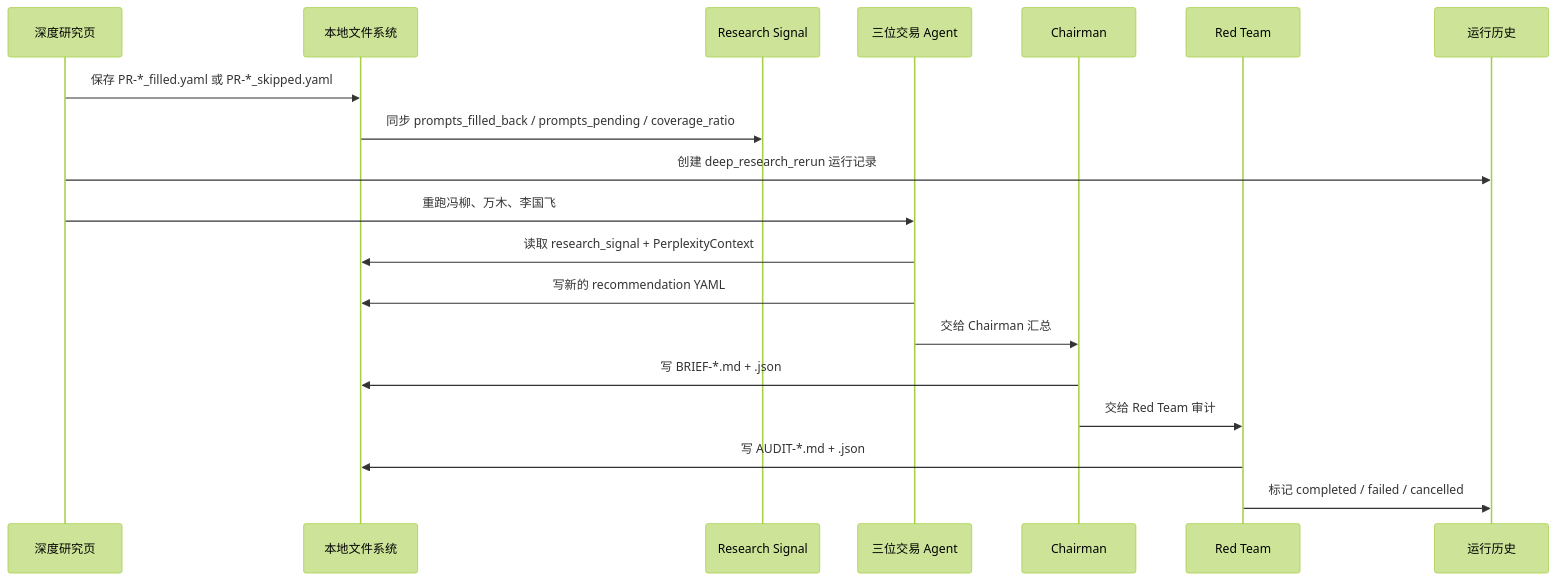
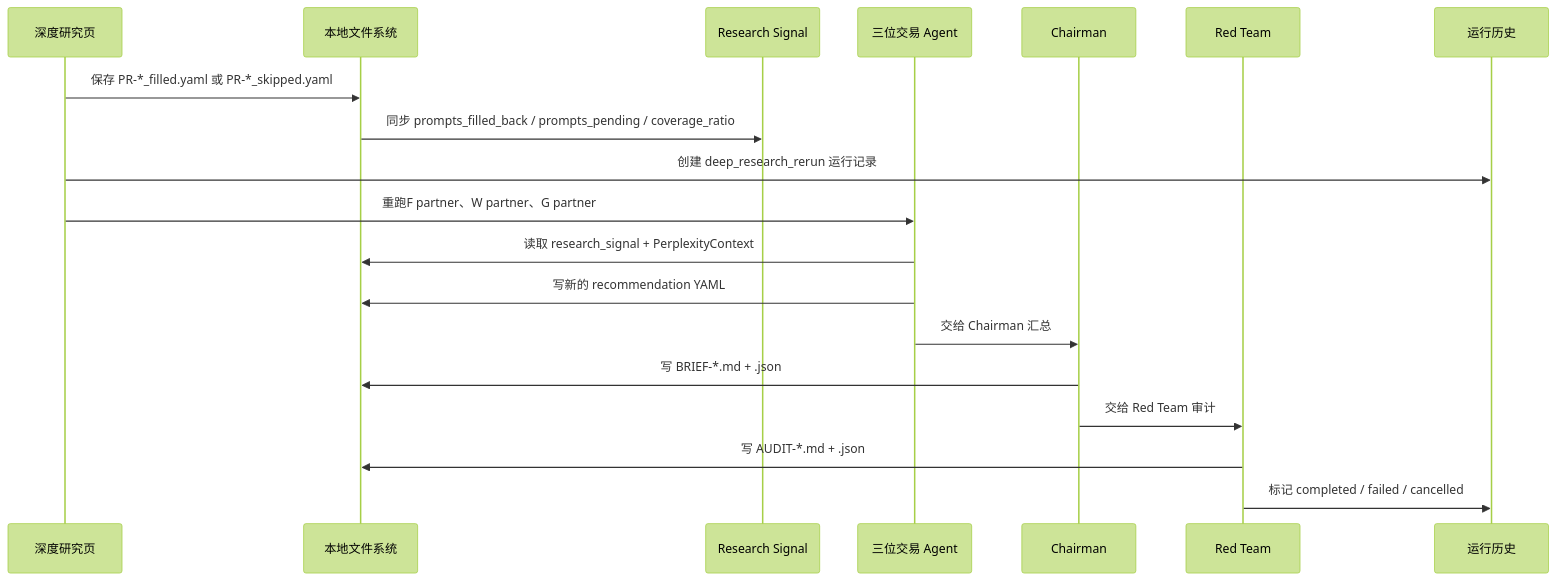
Before and after one commit to amanayayatu-tech/ksana: the seventh of 7 diagrams in SYSTEM_FLOW.md, drawn with Mermaid (forest theme). The commit also changed other lines of this file and 85 other files, not shown here.

````diff
--- a/SYSTEM_FLOW.md
+++ b/SYSTEM_FLOW.md
@@ -225,22 +225,22 @@
 ```mermaid
 sequenceDiagram
     participant UI as 深度研究页
     participant File as 本地文件系统
     participant Signal as Research Signal
     participant Agents as 三位交易 Agent
     participant Chairman as Chairman
     participant Red as Red Team
     participant History as 运行历史
 
     UI->>File: 保存 PR-*_filled.yaml 或 PR-*_skipped.yaml
     File->>Signal: 同步 prompts_filled_back / prompts_pending / coverage_ratio
     UI->>History: 创建 deep_research_rerun 运行记录
-    UI->>Agents: 重跑冯柳、万木、李国飞
+    UI->>Agents: 重跑F partner、W partner、G partner
     Agents->>File: 读取 research_signal + PerplexityContext
     Agents->>File: 写新的 recommendation YAML
     Agents->>Chairman: 交给 Chairman 汇总
     Chairman->>File: 写 BRIEF-*.md + .json
     Chairman->>Red: 交给 Red Team 审计
     Red->>File: 写 AUDIT-*.md + .json
     Red->>History: 标记 completed / failed / cancelled
 ```
````
